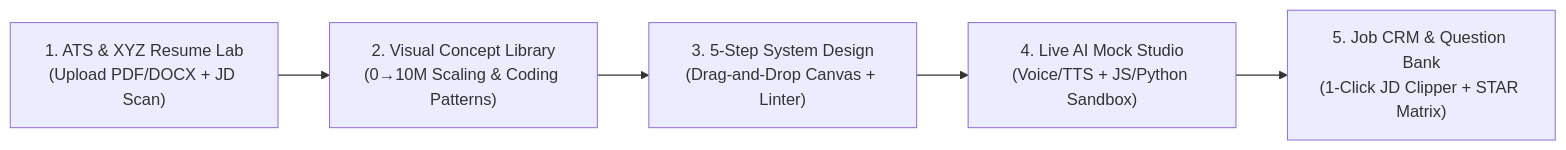
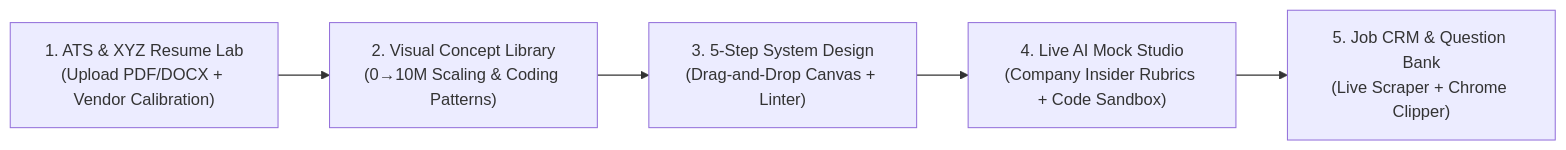
The diagram in README.md (cheop-byeon/InterviewOS), drawn with Mermaid before and after one commit. The commit also changed other lines of this file and 9 other files, not shown here.

Commit message:
feat: add automated community question scraper, company insider rubrics, corporate ATS vendor calibration, and Manifest V3 Chrome extension

````diff
--- a/README.md
+++ b/README.md
@@ -11,7 +11,7 @@
 ```mermaid
 flowchart LR
-    A["1. ATS & XYZ Resume Lab<br/>(Upload PDF/DOCX + JD Scan)"] --> B["2. Visual Concept Library<br/>(0→10M Scaling & Coding Patterns)"]
+    A["1. ATS & XYZ Resume Lab<br/>(Upload PDF/DOCX + Vendor Calibration)"] --> B["2. Visual Concept Library<br/>(0→10M Scaling & Coding Patterns)"]
     B --> C["3. 5-Step System Design<br/>(Drag-and-Drop Canvas + Linter)"]
-    C --> D["4. Live AI Mock Studio<br/>(Voice/TTS + JS/Python Sandbox)"]
-    D --> E["5. Job CRM & Question Bank<br/>(1-Click JD Clipper + STAR Matrix)"]
+    C --> D["4. Live AI Mock Studio<br/>(Company Insider Rubrics + Code Sandbox)"]
+    D --> E["5. Job CRM & Question Bank<br/>(Live Scraper + Chrome Clipper)"]
 ```
````
